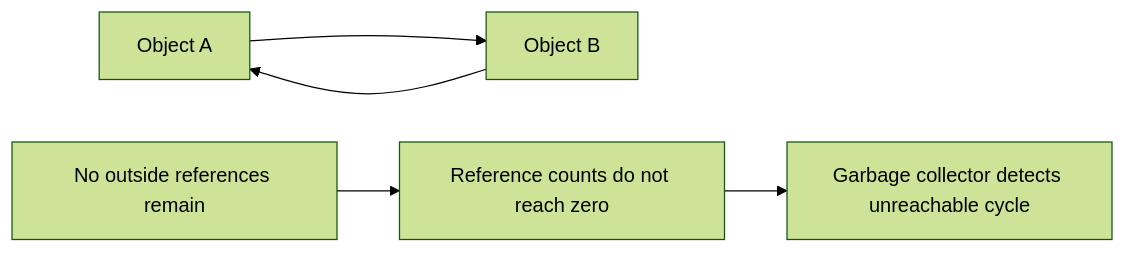
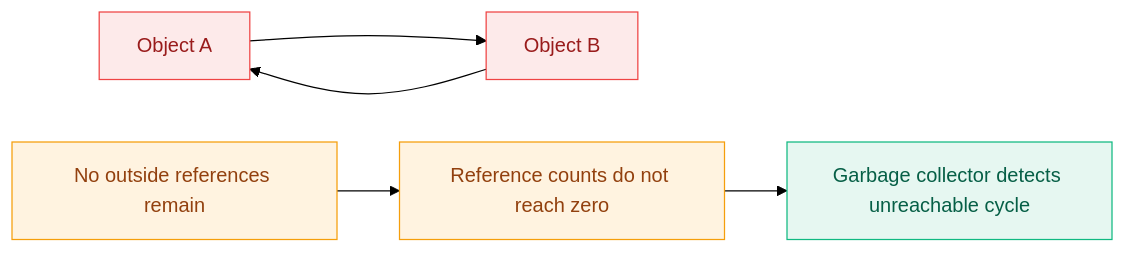
The second of 4 diagrams in _posts/2026/2026-05-17-python-core-interview-questions.md (yakhyo/yakhyo.github.io), drawn with Mermaid (forest theme) before and after one commit. The commit also changed other lines of this file and 1 other file, not shown here.

```diff
--- a/_posts/2026/2026-05-17-python-core-interview-questions.md
+++ b/_posts/2026/2026-05-17-python-core-interview-questions.md
@@ -210,7 +261,14 @@
 <div class="mermaid">
 flowchart LR
     A["Object A"] --> B["Object B"]
     B --> A
     C["No outside references remain"] --> D["Reference counts do not reach zero"]
     D --> E["Garbage collector detects unreachable cycle"]
+
+    classDef bad fill:#fdeaea,stroke:#ef4444,color:#991b1b;
+    classDef step fill:#fff3e0,stroke:#f59e0b,color:#92400e;
+    classDef good fill:#e6f7f1,stroke:#10b981,color:#065f46;
+    class A,B bad;
+    class C,D step;
+    class E good;
 </div>
```
